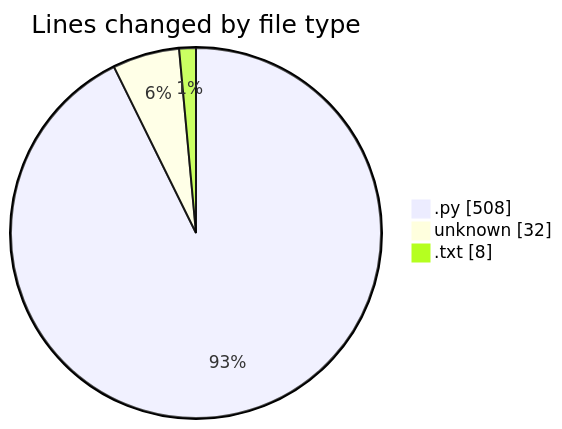
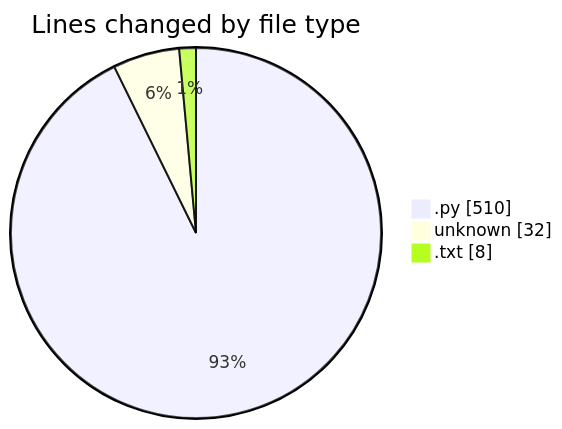
One commit to momahboobian/code-tracking changed the first of 2 diagrams in 2026-09-18/video-downloader/README.md. Above: the diagram before and after it, drawn with Mermaid. The commit also changed other lines of this file and 1 other file, not shown here.

````diff
--- a/2026-09-18/video-downloader/README.md
+++ b/2026-09-18/video-downloader/README.md
@@ -24,7 +24,7 @@
 ```mermaid
 pie showData
 title Lines changed by file type
-".py" : 508
+".py" : 510
 "unknown" : 32
 ".txt" : 8
 ```
````
